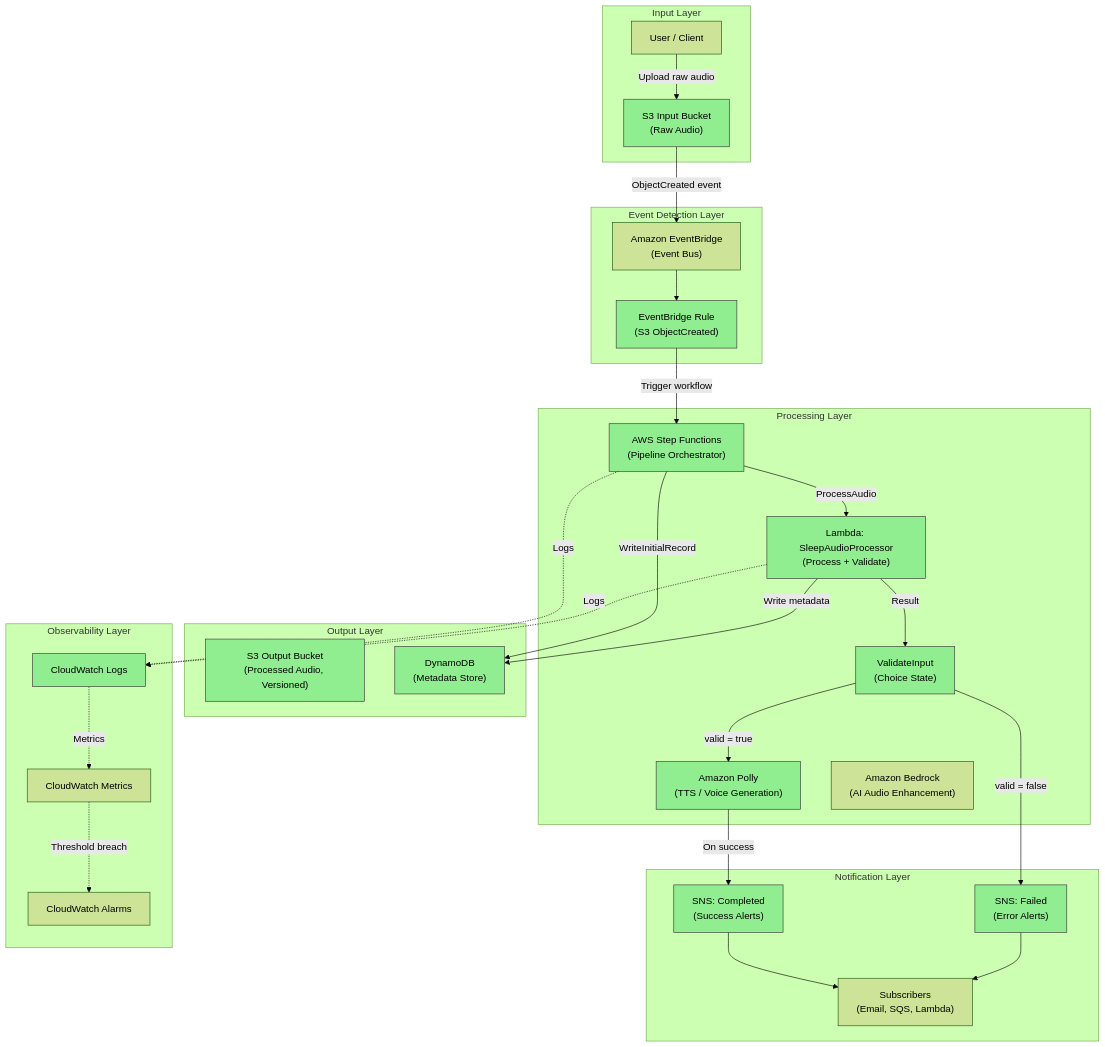
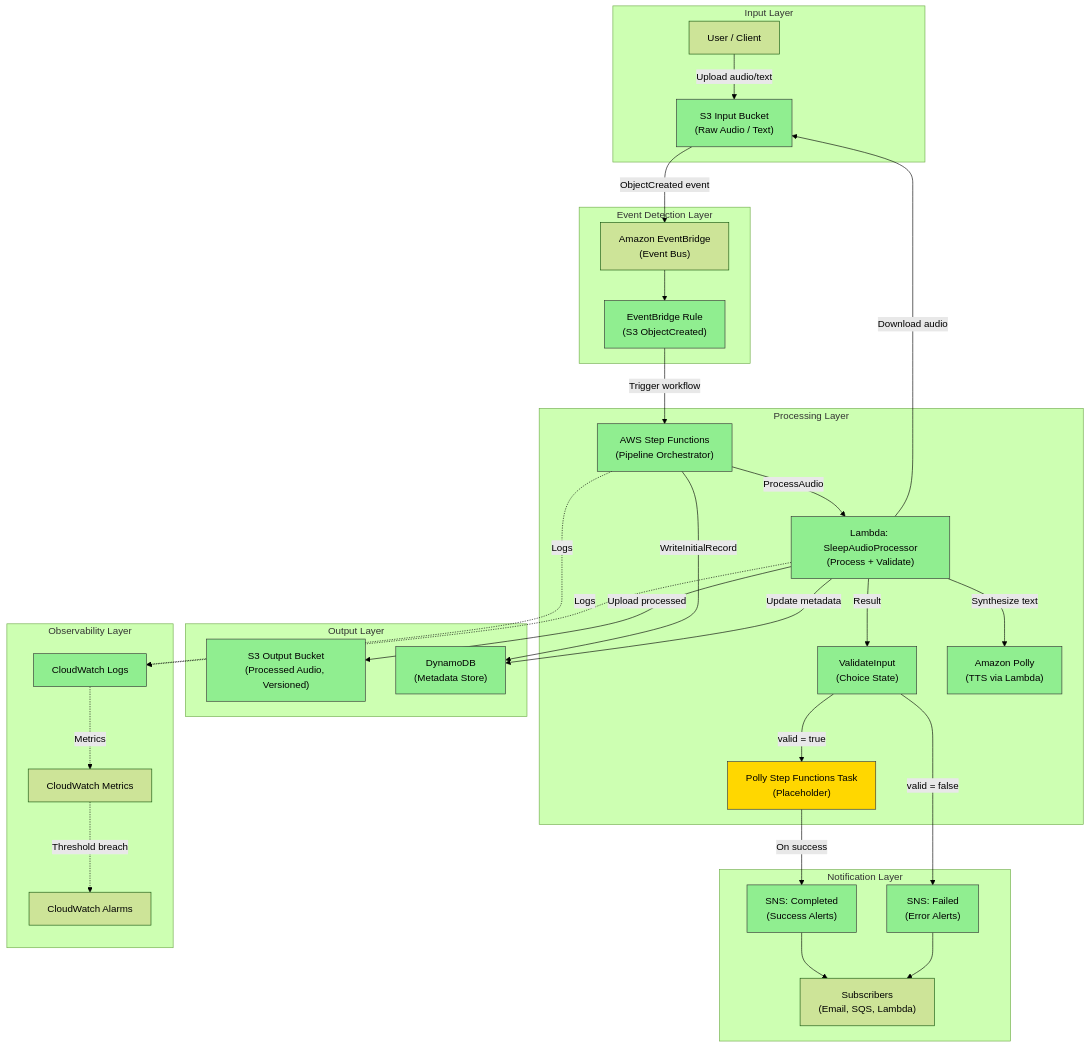
Before and after one commit to obstreperous-ai/cdk-sleep-py-kiro: the first of 4 diagrams in ARCHITECTURE.md, drawn with Mermaid (forest theme). The commit also changed other lines of this file and 1 other file, not shown here.

First line of the commit message:
feat: implement full audio processing pipeline with S3, Polly, and DynamoDB integration

````diff
--- a/ARCHITECTURE.md
+++ b/ARCHITECTURE.md
@@ -42,70 +44,74 @@
 ```mermaid
 flowchart TD
     subgraph Input["Input Layer"]
         User["User / Client"]
-        InputBucket["S3 Input Bucket<br/>(Raw Audio)"]
+        InputBucket["S3 Input Bucket<br/>(Raw Audio / Text)"]
     end
 
     subgraph Events["Event Detection Layer"]
         EB["Amazon EventBridge<br/>(Event Bus)"]
         Rule["EventBridge Rule<br/>(S3 ObjectCreated)"]
     end
 
     subgraph Processing["Processing Layer"]
         SF["AWS Step Functions<br/>(Pipeline Orchestrator)"]
         Process["Lambda: SleepAudioProcessor<br/>(Process + Validate)"]
         ValidateInput["ValidateInput<br/>(Choice State)"]
-        Polly["Amazon Polly<br/>(TTS / Voice Generation)"]
-        Bedrock["Amazon Bedrock<br/>(AI Audio Enhancement)"]
+        Polly["Amazon Polly<br/>(TTS via Lambda)"]
+        PollyPlaceholder["Polly Step Functions Task<br/>(Placeholder)"]
     end
 
     subgraph Output["Output Layer"]
         OutputBucket["S3 Output Bucket<br/>(Processed Audio, Versioned)"]
         DDB["DynamoDB<br/>(Metadata Store)"]
     end
 
     subgraph Notifications["Notification Layer"]
         SNSCompleted["SNS: Completed<br/>(Success Alerts)"]
         SNSFailed["SNS: Failed<br/>(Error Alerts)"]
         Subscribers["Subscribers<br/>(Email, SQS, Lambda)"]
     end
 
     subgraph Observability["Observability Layer"]
         CWLogs["CloudWatch Logs"]
         CWMetrics["CloudWatch Metrics"]
         CWAlarms["CloudWatch Alarms"]
     end
 
-    User -->|"Upload raw audio"| InputBucket
+    User -->|"Upload audio/text"| InputBucket
     InputBucket -->|"ObjectCreated event"| EB
     EB --> Rule
     Rule -->|"Trigger workflow"| SF
 
     SF -->|"WriteInitialRecord"| DDB
     SF -->|"ProcessAudio"| Process
+    Process -->|"Download audio"| InputBucket
+    Process -->|"Synthesize text"| Polly
+    Process -->|"Upload processed"| OutputBucket
+    Process -->|"Update metadata"| DDB
     Process -->|"Result"| ValidateInput
-    ValidateInput -->|"valid = true"| Polly
+    ValidateInput -->|"valid = true"| PollyPlaceholder
     ValidateInput -->|"valid = false"| SNSFailed
 
-    Polly -->|"On success"| SNSCompleted
+    PollyPlaceholder -->|"On success"| SNSCompleted
     SNSCompleted --> Subscribers
     SNSFailed --> Subscribers
 
-    Process -->|"Write metadata"| DDB
     SF -.->|"Logs"| CWLogs
     Process -.->|"Logs"| CWLogs
     CWLogs -.->|"Metrics"| CWMetrics
     CWMetrics -.->|"Threshold breach"| CWAlarms
 
     style InputBucket fill:#90EE90,stroke:#333
     style OutputBucket fill:#90EE90,stroke:#333
     style Rule fill:#90EE90,stroke:#333
     style SF fill:#90EE90,stroke:#333
     style Process fill:#90EE90,stroke:#333
     style ValidateInput fill:#90EE90,stroke:#333
     style CWLogs fill:#90EE90,stroke:#333
     style DDB fill:#90EE90,stroke:#333
     style SNSCompleted fill:#90EE90,stroke:#333
     style SNSFailed fill:#90EE90,stroke:#333
     style Polly fill:#90EE90,stroke:#333
+    style PollyPlaceholder fill:#FFD700,stroke:#333
 ```
````
